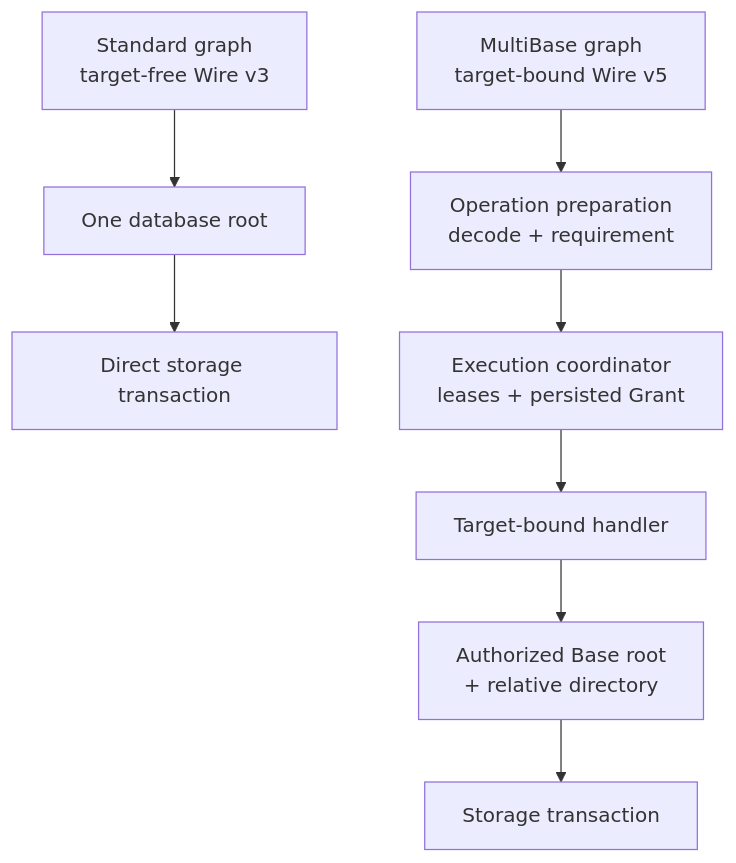
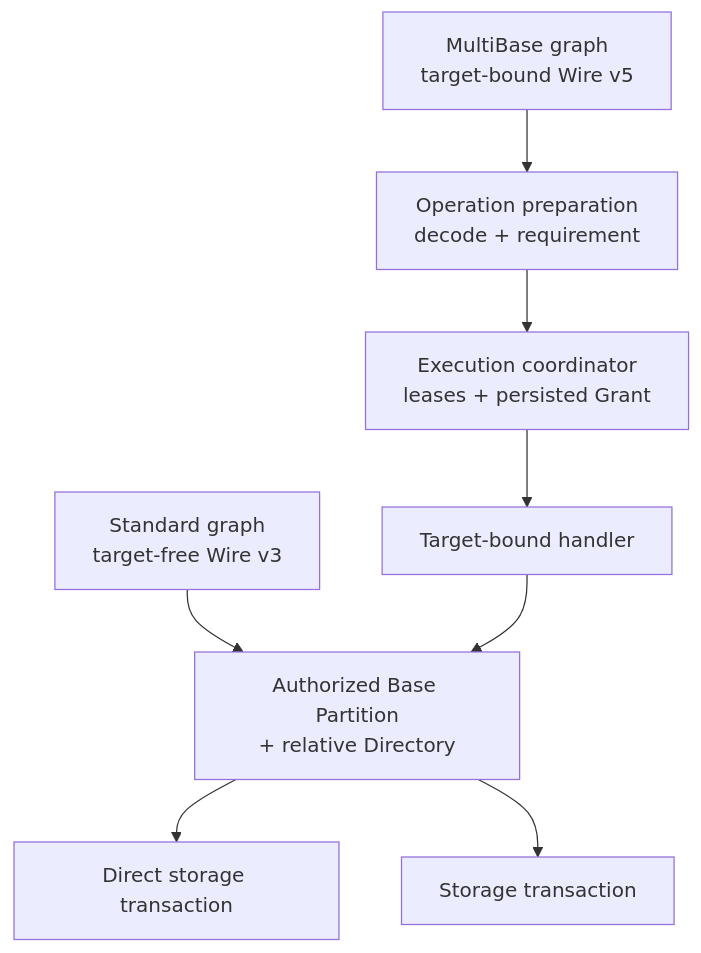
Before and after one commit to 1amageek/database-framework: the first of 8 diagrams in docs/base-composition-implementation-design.md, drawn with Mermaid. The commit also changed other lines of this file and 4 other files, not shown here.

````diff
--- a/docs/base-composition-implementation-design.md
+++ b/docs/base-composition-implementation-design.md
@@ -23,11 +23,11 @@
 ```mermaid
 flowchart TB
     Standard["Standard graph<br/>target-free Wire v3"] --> Root["One database root"]
     Root --> StandardTransaction["Direct storage transaction"]
 
     Multiple["MultiBase graph<br/>target-bound Wire v5"] --> Prepare["Operation preparation<br/>decode + requirement"]
     Prepare --> Bind["Execution coordinator<br/>leases + persisted Grant"]
     Bind --> Handler["Target-bound handler"]
-    Handler --> Namespace["Authorized Base root<br/>+ relative directory"]
-    Namespace --> MultipleTransaction["Storage transaction"]
+    Handler --> Root["Authorized Base Partition<br/>+ relative Directory"]
+    Root --> MultipleTransaction["Storage transaction"]
 ```
````
